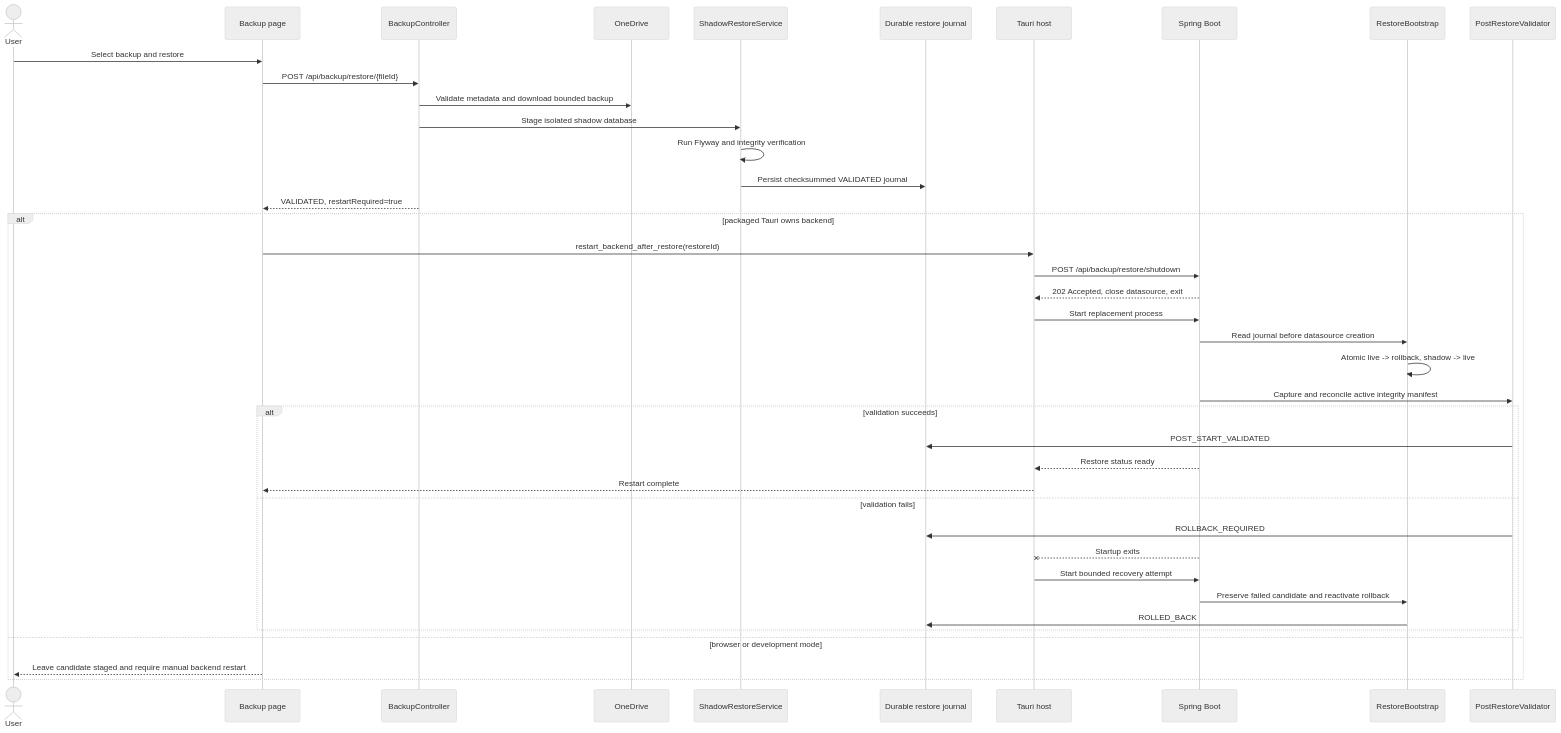
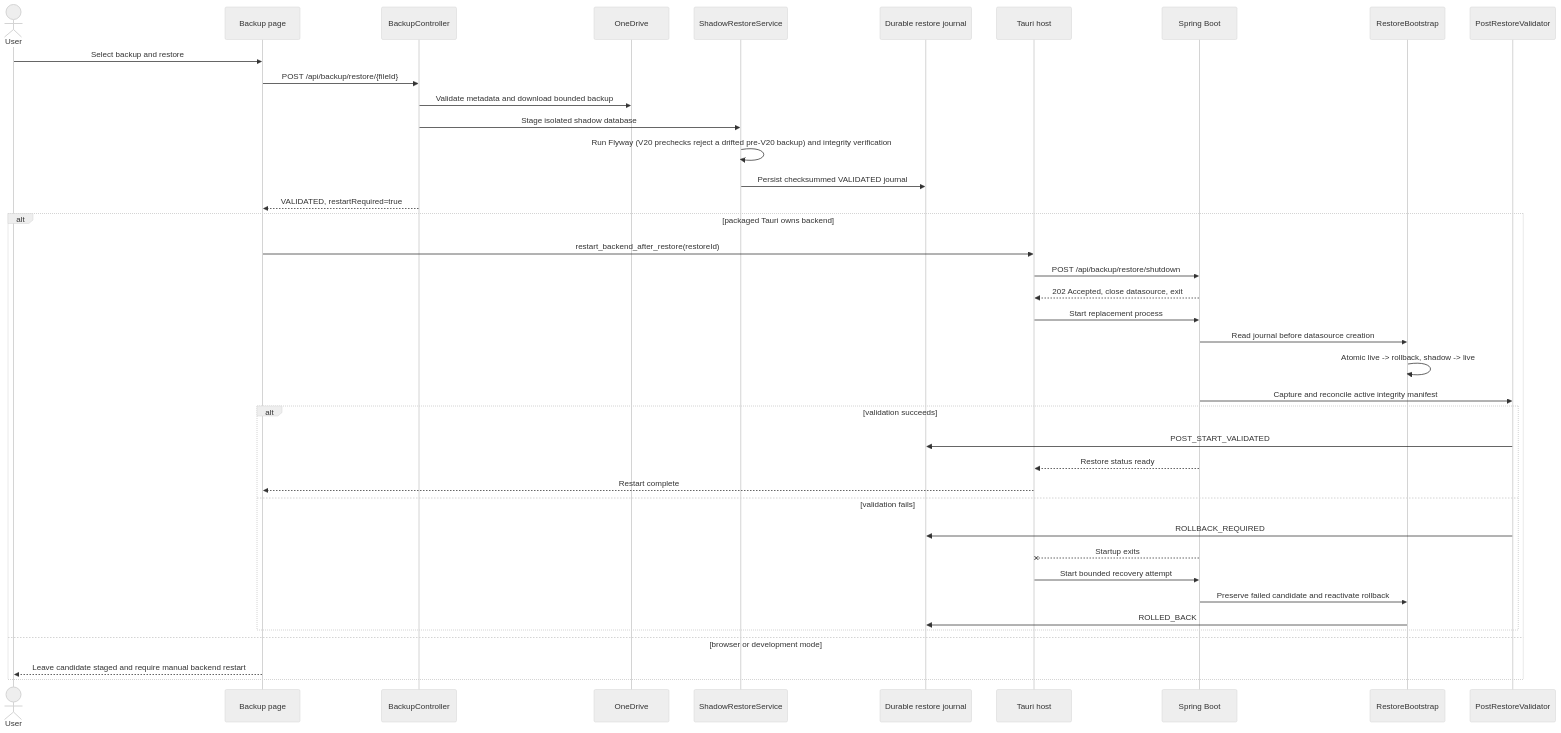
One commit to jinloes/bookie changed the seventh of 7 diagrams in diagrams/sequence-diagrams.md. Above: the diagram before and after it, drawn with Mermaid (neutral theme). The commit also changed other lines of this file and 621 other files, not shown here.

First line of the commit message:
Retire legacy flows and adopt Spring Modulith

````diff
--- a/diagrams/sequence-diagrams.md
+++ b/diagrams/sequence-diagrams.md
@@ -240,44 +268,44 @@
 ```mermaid
 sequenceDiagram
   actor User
   participant UI as Backup page
   participant API as BackupController
   participant OneDrive
   participant Shadow as ShadowRestoreService
   participant Journal as Durable restore journal
   participant Tauri as Tauri host
   participant Backend as Spring Boot
   participant Bootstrap as RestoreBootstrap
   participant Validator as PostRestoreValidator
 
   User->>UI: Select backup and restore
   UI->>API: POST /api/backup/restore/{fileId}
   API->>OneDrive: Validate metadata and download bounded backup
   API->>Shadow: Stage isolated shadow database
-  Shadow->>Shadow: Run Flyway and integrity verification
+  Shadow->>Shadow: Run Flyway (V20 prechecks reject a drifted pre-V20 backup) and integrity verification
   Shadow->>Journal: Persist checksummed VALIDATED journal
   API-->>UI: VALIDATED, restartRequired=true
 
   alt packaged Tauri owns backend
     UI->>Tauri: restart_backend_after_restore(restoreId)
     Tauri->>Backend: POST /api/backup/restore/shutdown
     Backend-->>Tauri: 202 Accepted, close datasource, exit
     Tauri->>Backend: Start replacement process
     Backend->>Bootstrap: Read journal before datasource creation
     Bootstrap->>Bootstrap: Atomic live -> rollback, shadow -> live
     Backend->>Validator: Capture and reconcile active integrity manifest
     alt validation succeeds
       Validator->>Journal: POST_START_VALIDATED
       Backend-->>Tauri: Restore status ready
       Tauri-->>UI: Restart complete
     else validation fails
       Validator->>Journal: ROLLBACK_REQUIRED
       Backend--xTauri: Startup exits
       Tauri->>Backend: Start bounded recovery attempt
       Backend->>Bootstrap: Preserve failed candidate and reactivate rollback
       Bootstrap->>Journal: ROLLED_BACK
     end
   else browser or development mode
     UI-->>User: Leave candidate staged and require manual backend restart
   end
 ```
````
